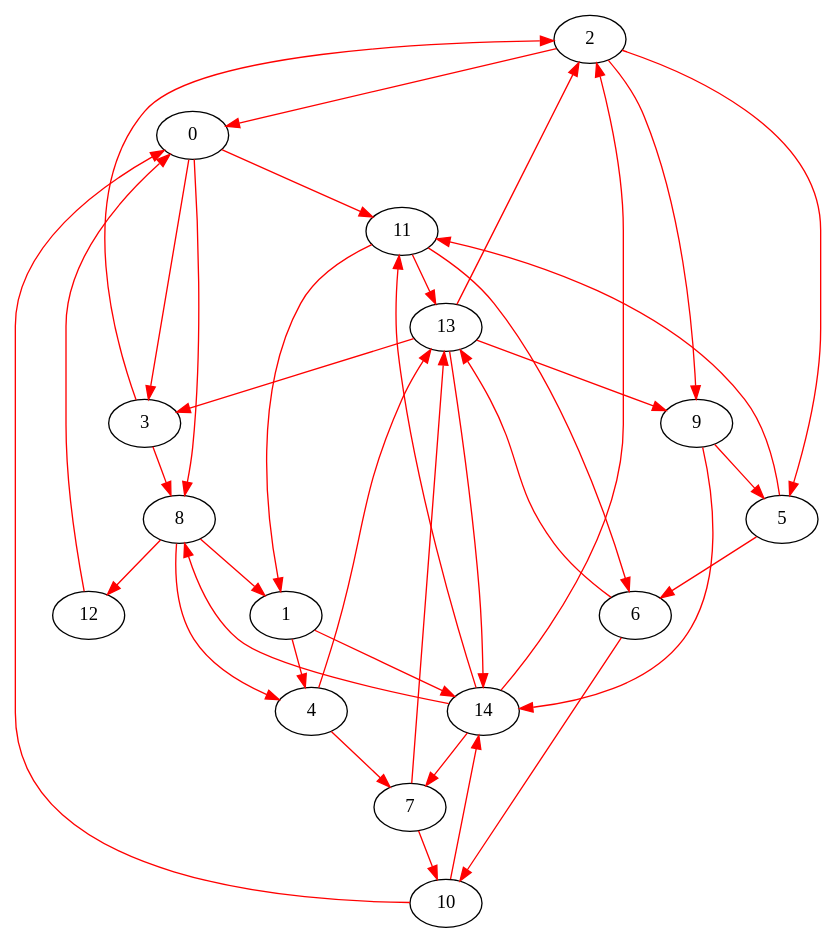
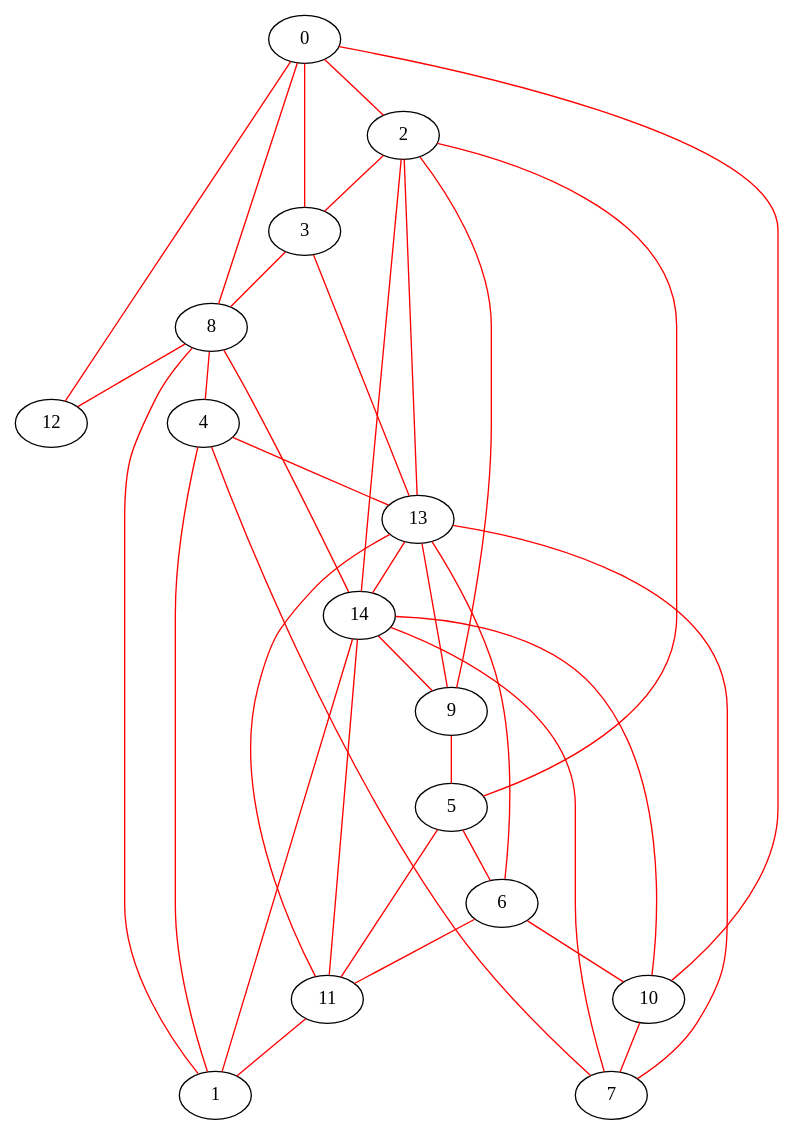
One commit to amitkvikram/CS2100 changed the diagram in week4b/eulerian/Egraph_1new.dot. Above: the diagram before and after it, drawn with Graphviz. The commit also changed 62 other files, not shown here.

```diff
--- a/week4b/eulerian/Egraph_1new.dot
+++ b/week4b/eulerian/Egraph_1new.dot
@@ -1,40 +1,39 @@
-digraph Egraph_1{
-	2 -> 0[color=red];
-	0 -> 11[color=red];
-	11 -> 13[color=red];
-	13 -> 14[color=red];
-	14 -> 11[color=red];
-	11 -> 1[color=red];
-	1 -> 14[color=red];
-	14 -> 2[color=red];
-	2 -> 5[color=red];
-	5 -> 6[color=red];
-	6 -> 10[color=red];
-	10 -> 14[color=red];
-	14 -> 7[color=red];
-	7 -> 13[color=red];
-	13 -> 2[color=red];
-	2 -> 9[color=red];
-	9 -> 5[color=red];
-	5 -> 11[color=red];
-	11 -> 6[color=red];
-	6 -> 13[color=red];
-	13 -> 3[color=red];
-	3 -> 8[color=red];
-	8 -> 4[color=red];
-	4 -> 13[color=red];
-	13 -> 9[color=red];
-	9 -> 14[color=red];
-	14 -> 8[color=red];
-	8 -> 12[color=red];
-	12 -> 0[color=red];
-	0 -> 8[color=red];
-	8 -> 1[color=red];
-	1 -> 4[color=red];
-	4 -> 7[color=red];
-	7 -> 10[color=red];
-	10 -> 0[color=red];
-	0 -> 3[color=red];
-	3 -> 2[color=red];
+graph Egraph_1{
+	0 -- 2[color=red];
+	2 -- 3[color=red];
+	3 -- 8[color=red];
+	8 -- 12[color=red];
+	12 -- 0[color=red];
+	0 -- 3[color=red];
+	3 -- 13[color=red];
+	13 -- 2[color=red];
+	2 -- 5[color=red];
+	5 -- 6[color=red];
+	6 -- 10[color=red];
+	10 -- 7[color=red];
+	7 -- 4[color=red];
+	4 -- 1[color=red];
+	1 -- 8[color=red];
+	8 -- 4[color=red];
+	4 -- 13[color=red];
+	13 -- 6[color=red];
+	6 -- 11[color=red];
+	11 -- 1[color=red];
+	1 -- 14[color=red];
+	14 -- 2[color=red];
+	2 -- 9[color=red];
+	9 -- 5[color=red];
+	5 -- 11[color=red];
+	11 -- 13[color=red];
+	13 -- 7[color=red];
+	7 -- 14[color=red];
+	14 -- 8[color=red];
+	8 -- 0[color=red];
+	0 -- 10[color=red];
+	10 -- 14[color=red];
+	14 -- 9[color=red];
+	9 -- 13[color=red];
+	13 -- 14[color=red];
+	14 -- 11[color=red];
 	14
 }
```
